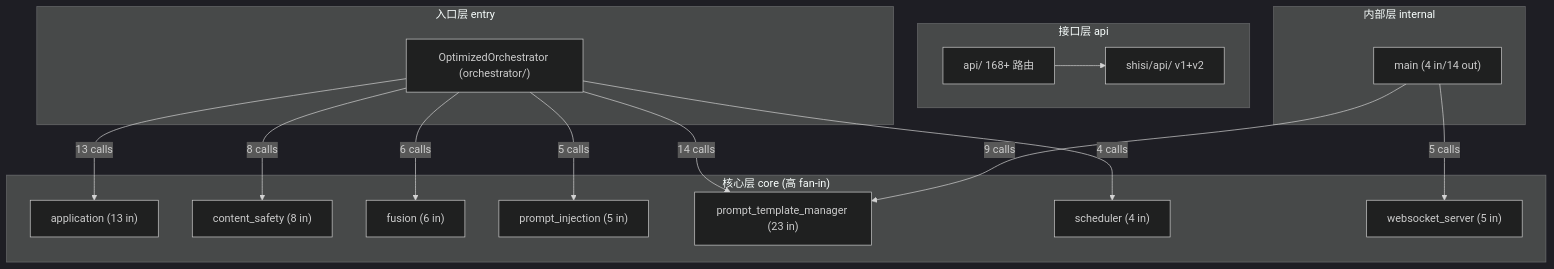
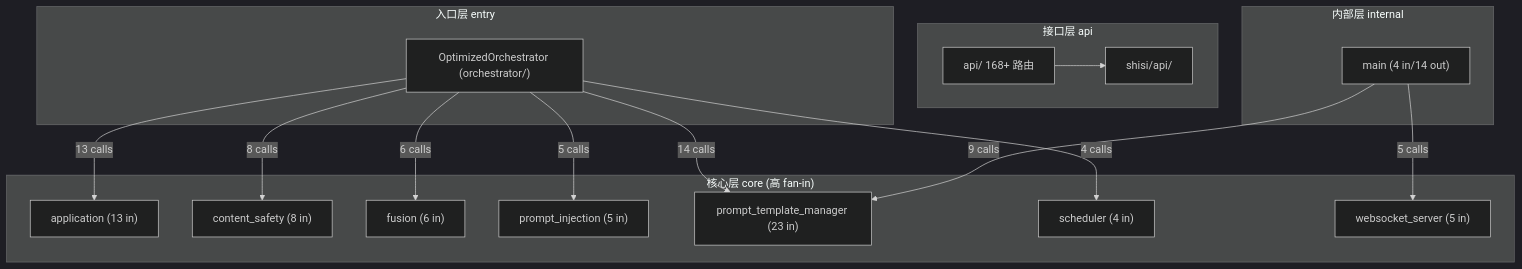
Before and after one commit to FOURTEEN1416/fourteen: the first of 2 diagrams in CODE_GRAPH.md, drawn with Mermaid (dark theme). The commit also changed other lines of this file and 1 other file, not shown here.

First line of the commit message:
docs: 补齐 shisi/api 口径 —— v2 删除后的 CODE_GRAPH 残留 + MODULES 计数

````diff
--- a/CODE_GRAPH.md
+++ b/CODE_GRAPH.md
@@ -63,31 +63,31 @@
 ```mermaid
 graph TD
     subgraph ENTRY["入口层 entry"]
         OA["OptimizedOrchestrator (orchestrator/)"]
     end
     subgraph API["接口层 api"]
         AR["api/ 168+ 路由"]
-        SA["shisi/api/ v1+v2"]
+        SA["shisi/api/"]
     end
     subgraph CORE["核心层 core (高 fan-in)"]
         APP["application (13 in)"]
         CS["content_safety (8 in)"]
         FUS["fusion (6 in)"]
         PI["prompt_injection (5 in)"]
         PTM["prompt_template_manager (23 in)"]
         SCHED["scheduler (4 in)"]
         WS["websocket_server (5 in)"]
     end
     subgraph INTERNAL["内部层 internal"]
         MAIN["main (4 in/14 out)"]
     end
     OA -->|"14 calls"| PTM
     OA -->|"13 calls"| APP
     OA -->|"8 calls"| CS
     OA -->|"6 calls"| FUS
     OA -->|"5 calls"| PI
     OA -->|"4 calls"| SCHED
     MAIN -->|"9 calls"| PTM
     MAIN -->|"5 calls"| WS
     AR --> SA
 ```
````
